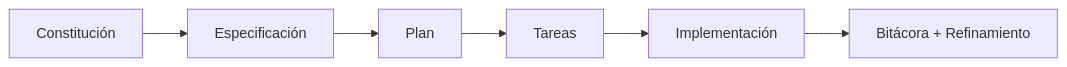
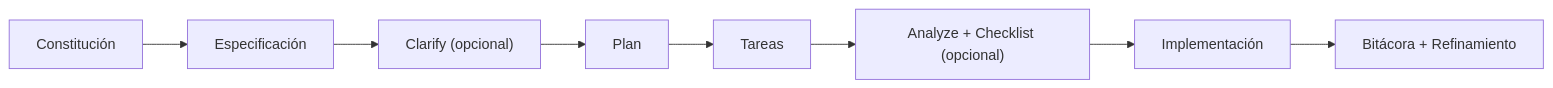
One commit to juanklagos/spec-driven-development-template changed the first of 2 diagrams in docs/es/08-integracion-github-spec-kit.md. Above: the diagram before and after it, drawn with Mermaid. The commit also changed other lines of this file and 27 other files, not shown here.

````diff
--- a/docs/es/08-integracion-github-spec-kit.md
+++ b/docs/es/08-integracion-github-spec-kit.md
@@ -50,8 +57,10 @@
 ```mermaid
 flowchart LR
   A["Constitución"] --> B["Especificación"]
-  B --> C["Plan"]
+  B --> B2["Clarify (opcional)"]
+  B2 --> C["Plan"]
   C --> D["Tareas"]
-  D --> E["Implementación"]
+  D --> D2["Analyze + Checklist (opcional)"]
+  D2 --> E["Implementación"]
   E --> F["Bitácora + Refinamiento"]
 ```
````
